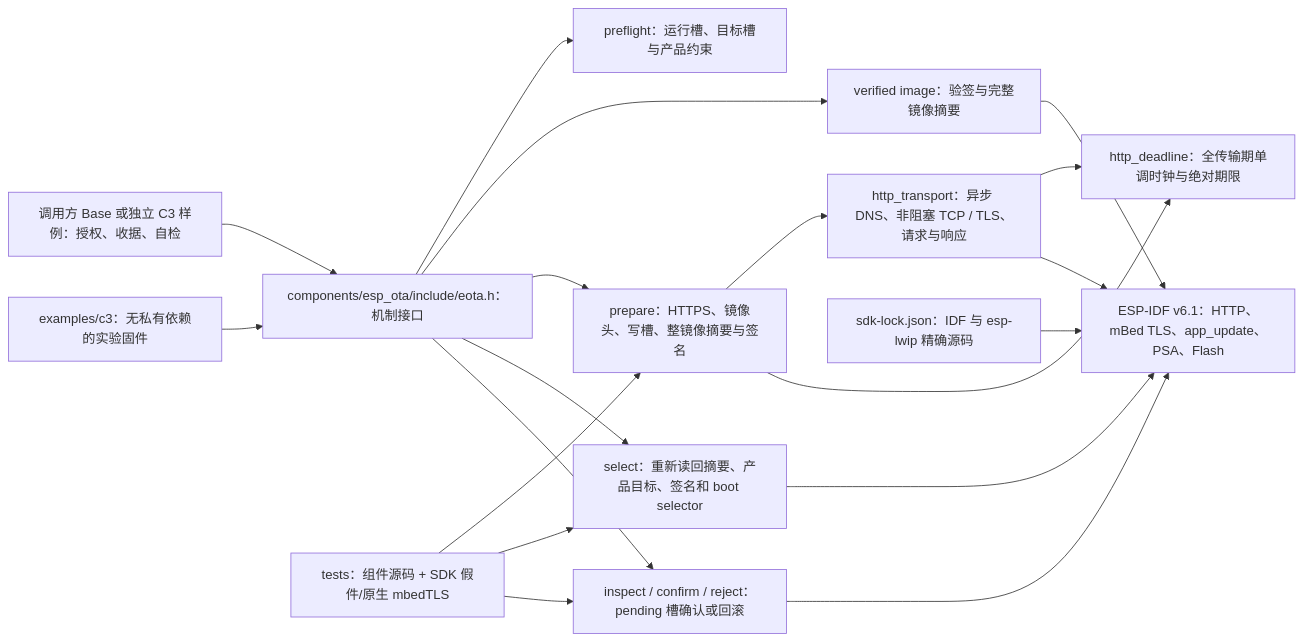
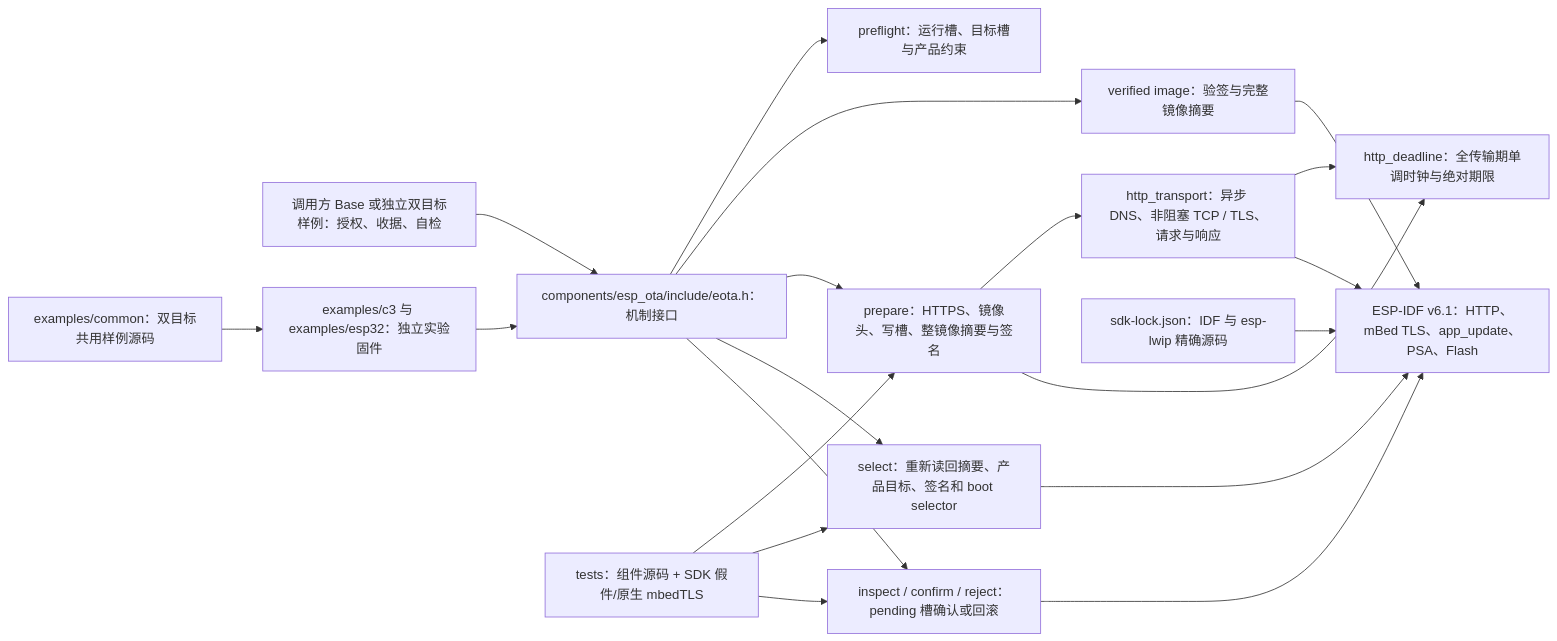
One commit to darren-you/esp-ota changed the diagram in README.md. Above: the diagram before and after it, drawn with Mermaid. The commit also changed other lines of this file and 20 other files, not shown here.

Commit message:
适配 C3 与 ESP32 双目标 OTA 签名及离线样例

````diff
--- a/README.md
+++ b/README.md
@@ -7,21 +7,22 @@
 ```mermaid
 flowchart LR
-    app["调用方 Base 或独立 C3 样例：授权、收据、自检"] --> api["components/esp_ota/include/eota.h：机制接口"]
+    app["调用方 Base 或独立双目标样例：授权、收据、自检"] --> api["components/esp_ota/include/eota.h：机制接口"]
     api --> preflight["preflight：运行槽、目标槽与产品约束"]
     api --> identity["verified image：验签与完整镜像摘要"]
     api --> prepare["prepare：HTTPS、镜像头、写槽、整镜像摘要与签名"]
     api --> select["select：重新读回摘要、产品目标、签名和 boot selector"]
     api --> confirm["inspect / confirm / reject：pending 槽确认或回滚"]
     prepare --> transport["http_transport：异步 DNS、非阻塞 TCP / TLS、请求与响应"]
     prepare --> deadline
     transport --> deadline["http_deadline：全传输期单调时钟与绝对期限"]
     transport --> sdk["ESP-IDF v6.1：HTTP、mBed TLS、app_update、PSA、Flash"]
     identity --> sdk
     select --> sdk
     confirm --> sdk
     lock["sdk-lock.json：IDF 与 esp-lwip 精确源码"] --> sdk
     host["tests：组件源码 + SDK 假件/原生 mbedTLS"] --> prepare
     host --> select
     host --> confirm
-    sample["examples/c3：无私有依赖的实验固件"] --> api
+    shared["examples/common：双目标共用样例源码"] --> sample["examples/c3 与 examples/esp32：独立实验固件"]
+    sample --> api
 ```
````
